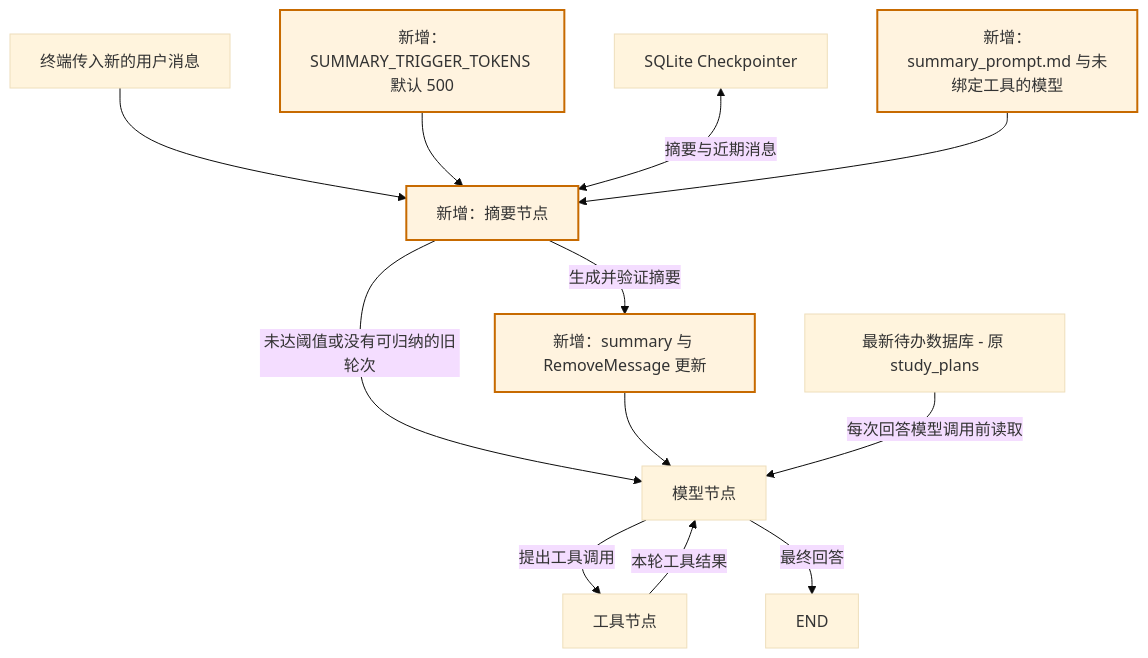
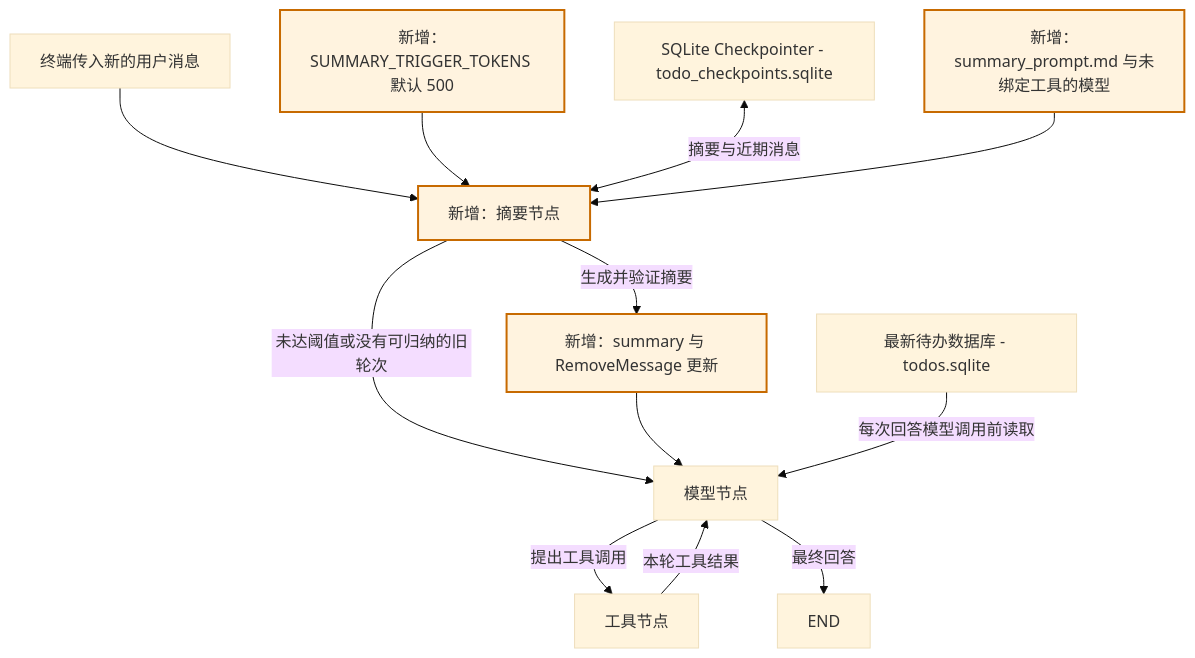
One commit to HarryXiong24/agents changed the fifth of 5 diagrams in src/agent_apps/simple_react_agent/docs/VERSIONS.zh-CN.md. Above: the diagram before and after it, drawn with Mermaid (base theme). The commit also changed other lines of this file and 18 other files, not shown here.

````diff
--- a/src/agent_apps/simple_react_agent/docs/VERSIONS.zh-CN.md
+++ b/src/agent_apps/simple_react_agent/docs/VERSIONS.zh-CN.md
@@ -525,16 +536,16 @@
 ```mermaid
 flowchart TD
     C[终端传入新的用户消息] --> S[新增：摘要节点]
     CFG[新增：SUMMARY_TRIGGER_TOKENS 默认 500] --> S
     S -->|未达阈值或没有可归纳的旧轮次| M[模型节点]
     S -->|生成并验证摘要| U[新增：summary 与 RemoveMessage 更新]
     U --> M
     M -->|提出工具调用| T[工具节点]
     T -->|本轮工具结果| M
     M -->|最终回答| E[END]
-    CP[SQLite Checkpointer] <-->|摘要与近期消息| S
-    P[最新待办数据库 - 原 study_plans] -->|每次回答模型调用前读取| M
+    CP[SQLite Checkpointer - todo_checkpoints.sqlite] <-->|摘要与近期消息| S
+    P[最新待办数据库 - todos.sqlite] -->|每次回答模型调用前读取| M
     SP[新增：summary_prompt.md 与未绑定工具的模型] --> S
     classDef changed fill:#fff3df,stroke:#c76a00,stroke-width:2px;
     class S,CFG,U,SP changed;
 ```
````
